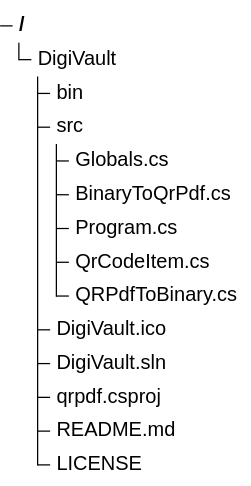
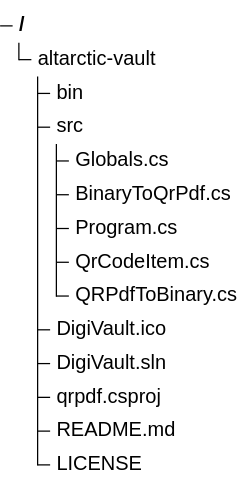
One commit to Prasad-Khandekar/altarctic-vault changed the diagram in README.md. Above: the diagram before and after it, drawn with Mermaid.

````diff
--- a/README.md
+++ b/README.md
@@ -18,16 +18,16 @@
 ```mermaid
 treeView-beta
-"DigiVault"
+"altarctic-vault"
     "bin"
     "src"
         "Globals.cs"
         "BinaryToQrPdf.cs"
         "Program.cs"
         "QrCodeItem.cs"
         "QRPdfToBinary.cs"
     "DigiVault.ico"
     "DigiVault.sln"
     "qrpdf.csproj"
     "README.md"
     "LICENSE"
 ```
````
